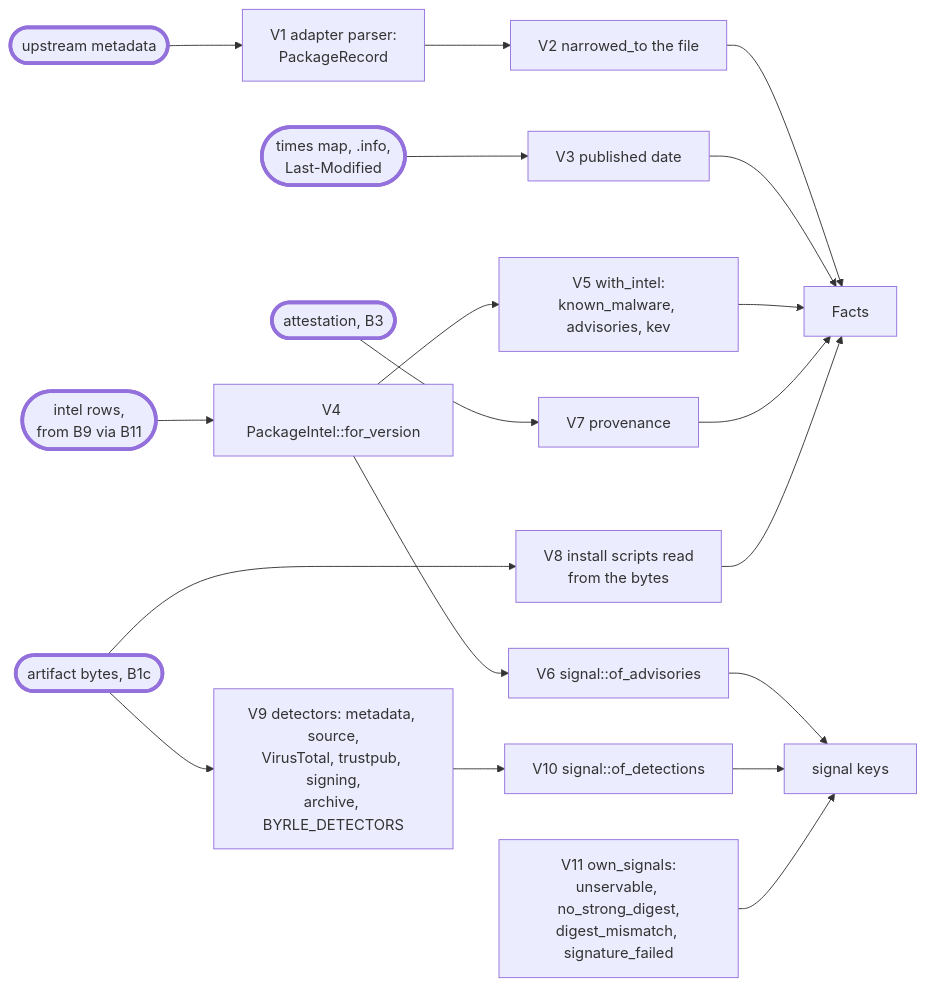
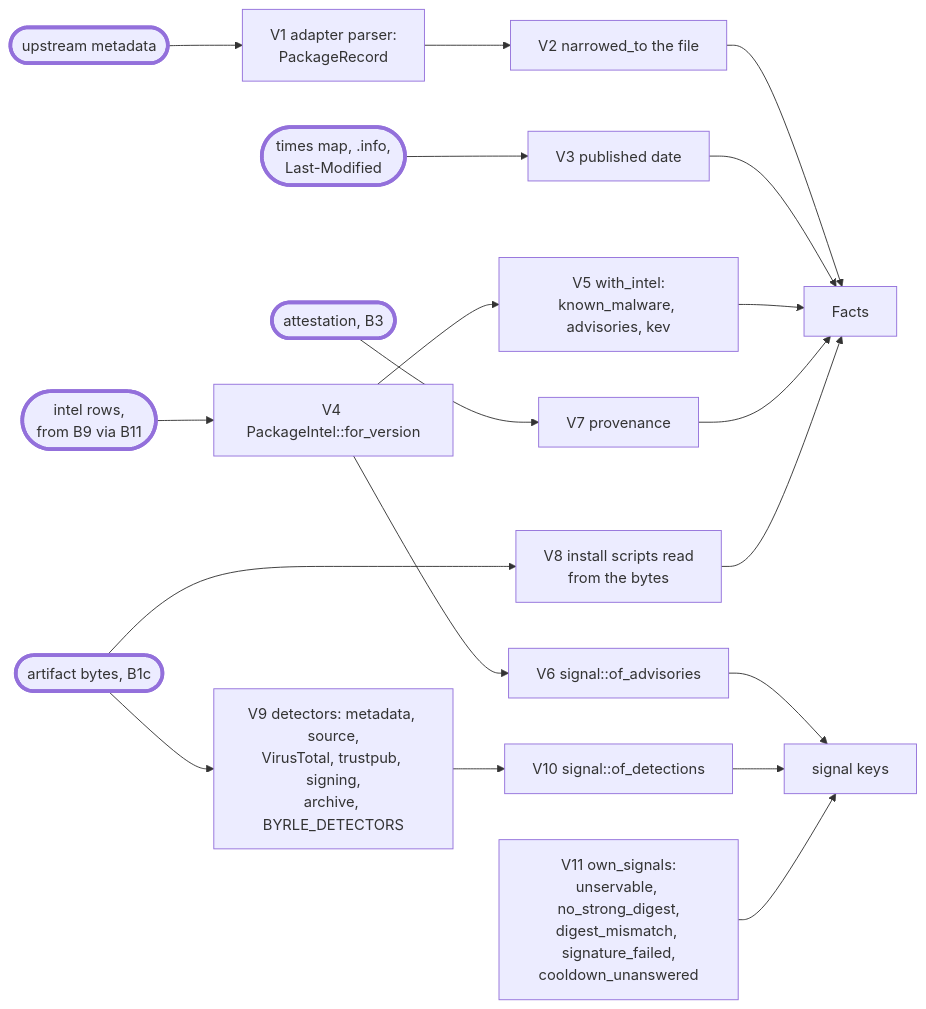
One commit to krishardy/byrle changed the fourth of 5 diagrams in docs/logic-flow.md. Above: the diagram before and after it, drawn with Mermaid. The commit also changed other lines of this file and 20 other files, not shown here.

First line of the commit message:
Date an undated file by its first sighting, and weigh none as cooldown_unanswered

````diff
--- a/docs/logic-flow.md
+++ b/docs/logic-flow.md
@@ -179,22 +179,22 @@
 ```mermaid
 flowchart LR
     classDef ext stroke-width:4px
     META([upstream metadata]):::ext --> V1[V1 adapter parser:<br/>PackageRecord]
     V1 --> V2[V2 narrowed_to the file]
     V2 --> F[Facts]
     TIMES([times map, .info,<br/>Last-Modified]):::ext --> V3[V3 published date]
     V3 --> F
     INTEL([intel rows,<br/>from B9 via B11]):::ext --> V4[V4 PackageIntel::for_version]
     V4 --> V5[V5 with_intel:<br/>known_malware, advisories, kev]
     V5 --> F
     V4 --> V6[V6 signal::of_advisories]
     ATTEST([attestation, B3]):::ext --> V7[V7 provenance]
     V7 --> F
     BYTES([artifact bytes, B1c]):::ext --> V8[V8 install scripts read<br/>from the bytes]
     V8 --> F
     BYTES --> V9[V9 detectors: metadata, source,<br/>VirusTotal, trustpub, signing,<br/>archive, BYRLE_DETECTORS]
     V9 --> V10[V10 signal::of_detections]
     V6 --> SIG[signal keys]
     V10 --> SIG
-    V11[V11 own_signals:<br/>unservable, no_strong_digest,<br/>digest_mismatch, signature_failed] --> SIG
+    V11[V11 own_signals:<br/>unservable, no_strong_digest,<br/>digest_mismatch, signature_failed,<br/>cooldown_unanswered] --> SIG
 ```
````
